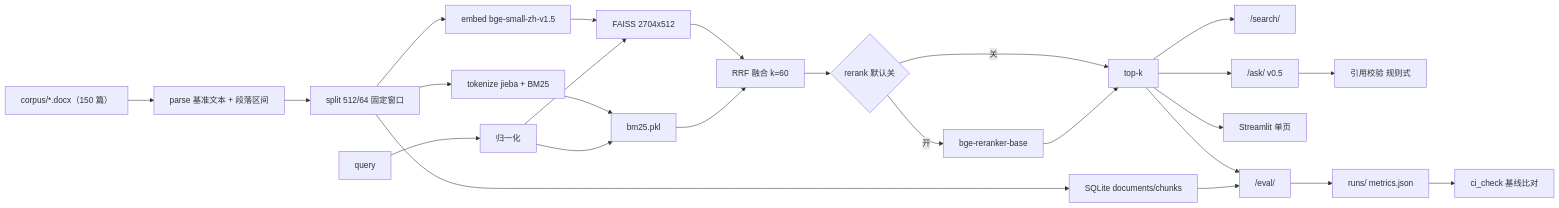
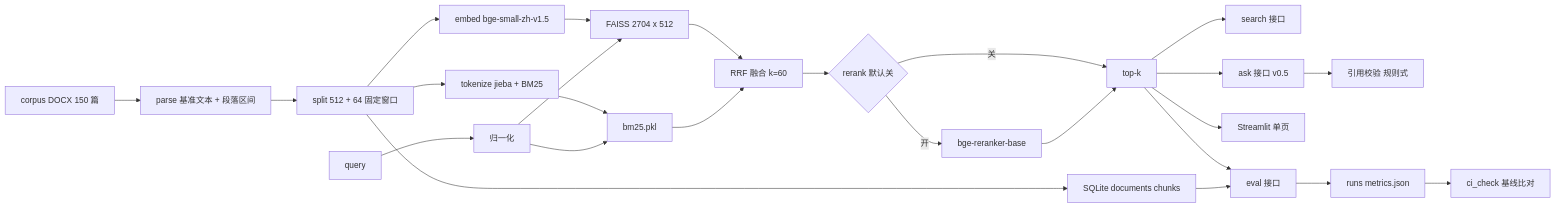
The diagram in README.md (ty-user8/kui), drawn with Mermaid before and after one commit.

Commit message:
docs: 架构图标签去掉斜杠与星号（/ask/ 等易被解析为节点形状）
- 依据：GitHub 报 Lexical error 指向 R[/ask/<br/>v0.5]；改引号后仍 Unable to render
- 本次把 /search/ /eval/ /ask/、corpus/*.docx、512/64 等改为纯文本标签，仅文档

````diff
--- a/README.md
+++ b/README.md
@@ -109,27 +109,27 @@
 ```mermaid
 flowchart LR
-  A["corpus/*.docx（150 篇）"] --> B["parse 基准文本 + 段落区间"]
-  B --> C["split 512/64 固定窗口"]
-  C --> D["SQLite documents/chunks"]
+  A["corpus DOCX 150 篇"] --> B["parse 基准文本 + 段落区间"]
+  B --> C["split 512 + 64 固定窗口"]
+  C --> D["SQLite documents chunks"]
   C --> E["embed bge-small-zh-v1.5"]
   C --> F["tokenize jieba + BM25"]
-  E --> G["FAISS 2704x512"]
+  E --> G["FAISS 2704 x 512"]
   F --> H["bm25.pkl"]
   Q["query"] --> I["归一化"]
   I --> G
   I --> H
   G --> J["RRF 融合 k=60"]
   H --> J
   J --> K{"rerank 默认关"}
   K -->|开| L["bge-reranker-base"]
   K -->|关| M["top-k"]
   L --> M
-  M --> N["/search/"]
-  M --> O["/eval/"]
+  M --> N["search 接口"]
+  M --> O["eval 接口"]
   M --> P["Streamlit 单页"]
-  M --> R["/ask/ v0.5"]
+  M --> R["ask 接口 v0.5"]
   R --> S["引用校验 规则式"]
   D --> O
-  O --> T["runs/ metrics.json"]
+  O --> T["runs metrics.json"]
   T --> U["ci_check 基线比对"]
 ```
````
